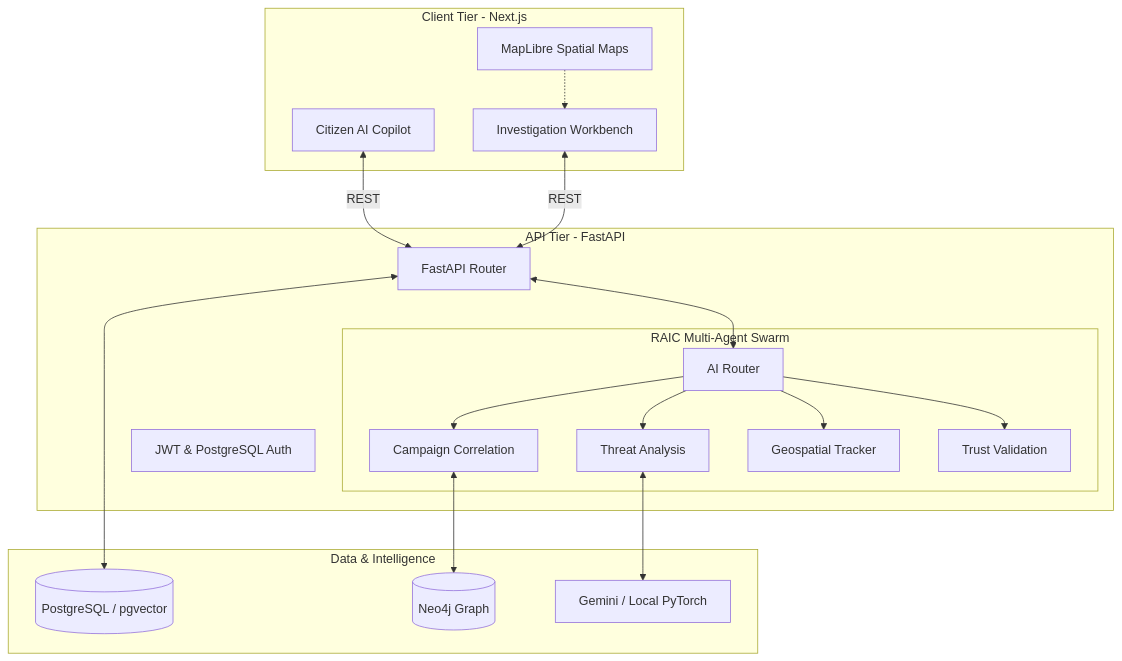
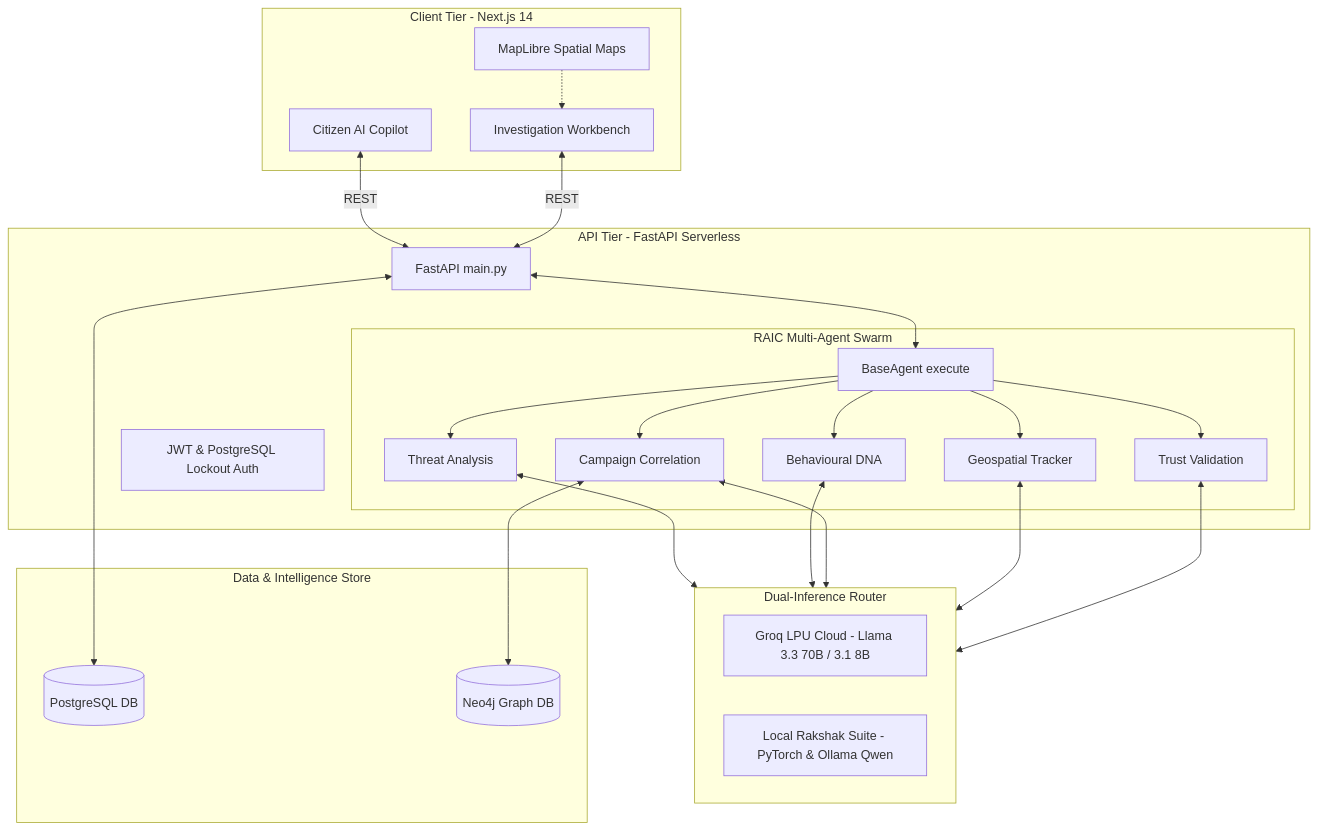
Before and after one commit to beastspirit2005/Digital-Rakshak: the diagram in README.md, drawn with Mermaid. The commit also changed other lines of this file, not shown here.

Commit message:
docs: update README with dual-mode architecture details, Rakshak models, and 11 subagents

````diff
--- a/README.md
+++ b/README.md
@@ -50,38 +67,43 @@
 ```mermaid
 graph TD
-    subgraph Frontend [Client Tier - Next.js]
+    subgraph Client [Client Tier - Next.js 14]
         Copilot[Citizen AI Copilot]
         Map[MapLibre Spatial Maps]
         Dashboard[Investigation Workbench]
     end
 
-    subgraph Backend [API Tier - FastAPI]
-        API[FastAPI Router]
-        Auth[JWT & PostgreSQL Auth]
+    subgraph API [API Tier - FastAPI Serverless]
+        Main[FastAPI main.py]
+        Auth[JWT & PostgreSQL Lockout Auth]
         
-        subgraph Agents [RAIC Multi-Agent Swarm]
-            Router[AI Router]
+        subgraph Swarm [RAIC Multi-Agent Swarm]
+            Base[BaseAgent execute]
             TA[Threat Analysis]
+            BA[Behavioural DNA]
             CA[Campaign Correlation]
             Geo[Geospatial Tracker]
             TV[Trust Validation]
-            Router --> TA & CA & Geo & TV
+            Base --> TA & BA & CA & Geo & TV
         end
     end
 
-    subgraph Persistence [Data & Intelligence]
-        PG[(PostgreSQL / pgvector)]
-        Neo[(Neo4j Graph)]
-        LLM[Gemini / Local PyTorch]
+    subgraph Routing [Dual-Inference Router]
+        Groq[Groq LPU Cloud - Llama 3.3 70B / 3.1 8B]
+        Local[Local Rakshak Suite - PyTorch & Ollama Qwen]
     end
 
-    Copilot <-->|REST| API
-    Dashboard <-->|REST| API
+    subgraph Data [Data & Intelligence Store]
+        PG[(PostgreSQL DB)]
+        Neo[(Neo4j Graph DB)]
+    end
+
+    Copilot <-->|REST| Main
+    Dashboard <-->|REST| Main
     Map -.-> Dashboard
 
-    API <--> Router
-    TA <--> LLM
+    Main <--> Base
+    TA & BA & CA & Geo & TV <--> Routing
+    
+    Main <--> PG
     CA <--> Neo
-    
-    API <--> PG
 ```
````
